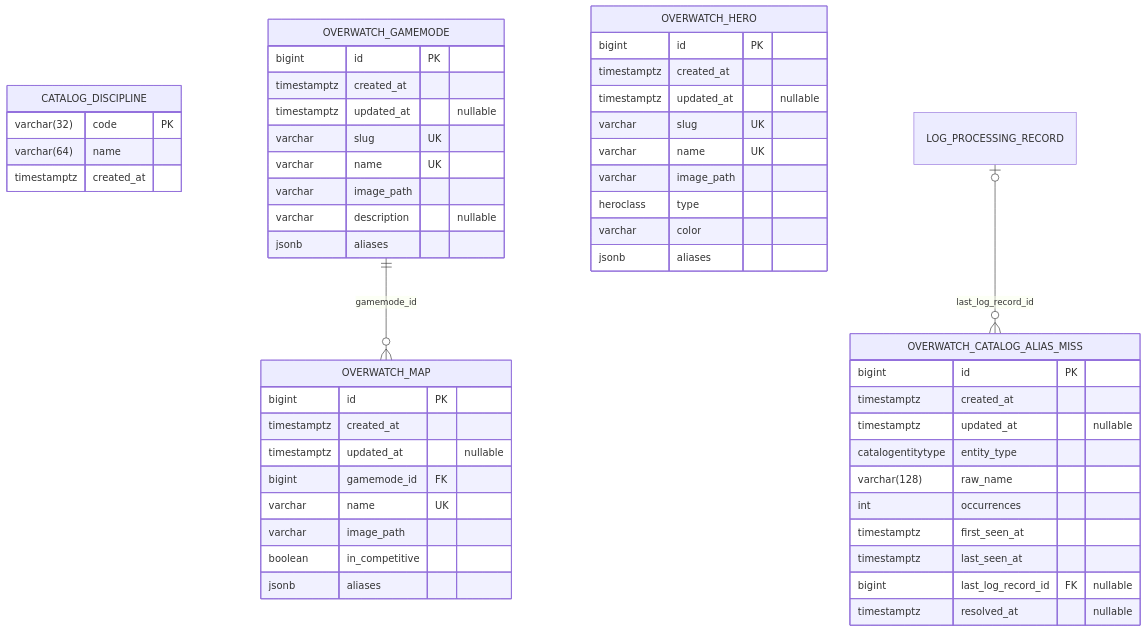
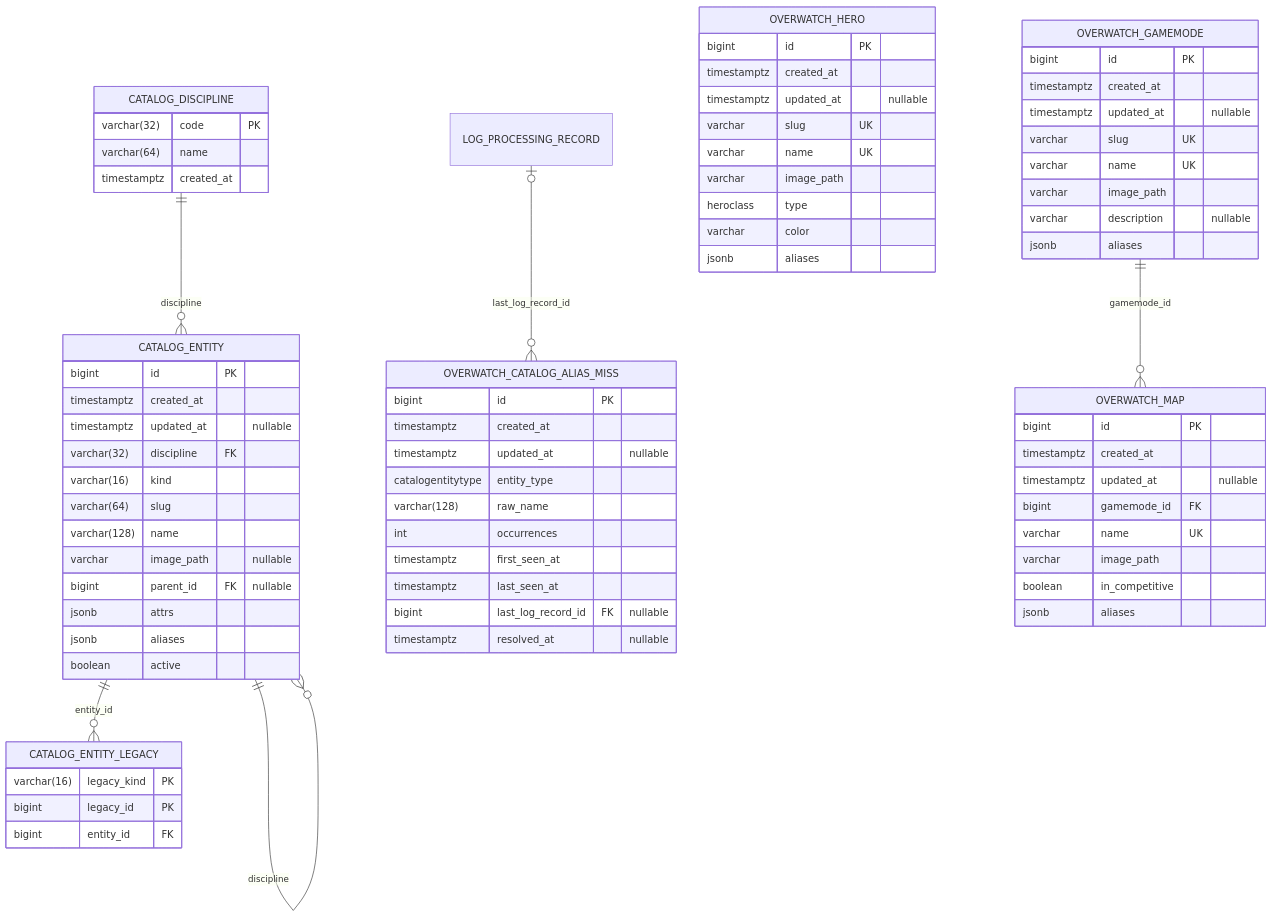
Before and after one commit to CraazzzyyFoxx/anak-tournaments: the fifth of 20 diagrams in docs/database_erd.md, drawn with Mermaid. The commit also changed other lines of this file and 13 other files, not shown here.

Commit message:
feat(catalog): discipline01 creates catalog.entity and copies the overwatch catalog

````diff
--- a/docs/database_erd.md
+++ b/docs/database_erd.md
@@ -572,54 +572,77 @@
 ```mermaid
 erDiagram
     CATALOG_DISCIPLINE {
         varchar(32) code PK
         varchar(64) name
         timestamptz created_at
+    }
+    CATALOG_ENTITY {
+        bigint id PK
+        timestamptz created_at
+        timestamptz updated_at "nullable"
+        varchar(32) discipline FK
+        varchar(16) kind
+        varchar(64) slug
+        varchar(128) name
+        varchar image_path "nullable"
+        bigint parent_id FK "nullable"
+        jsonb attrs
+        jsonb aliases
+        boolean active
+    }
+    CATALOG_ENTITY_LEGACY {
+        varchar(16) legacy_kind PK
+        bigint legacy_id PK
+        bigint entity_id FK
     }
     OVERWATCH_CATALOG_ALIAS_MISS {
         bigint id PK
         timestamptz created_at
         timestamptz updated_at "nullable"
         catalogentitytype entity_type
         varchar(128) raw_name
         int occurrences
         timestamptz first_seen_at
         timestamptz last_seen_at
         bigint last_log_record_id FK "nullable"
         timestamptz resolved_at "nullable"
     }
     OVERWATCH_GAMEMODE {
         bigint id PK
         timestamptz created_at
         timestamptz updated_at "nullable"
         varchar slug UK
         varchar name UK
         varchar image_path
         varchar description "nullable"
         jsonb aliases
     }
     OVERWATCH_HERO {
         bigint id PK
         timestamptz created_at
         timestamptz updated_at "nullable"
         varchar slug UK
         varchar name UK
         varchar image_path
         heroclass type
         varchar color
         jsonb aliases
     }
     OVERWATCH_MAP {
         bigint id PK
         timestamptz created_at
         timestamptz updated_at "nullable"
         bigint gamemode_id FK
         varchar name UK
         varchar image_path
         boolean in_competitive
         jsonb aliases
     }
 
+    CATALOG_DISCIPLINE ||--o{ CATALOG_ENTITY : "discipline"
+    CATALOG_ENTITY |o--o{ CATALOG_ENTITY : "parent_id"
+    CATALOG_ENTITY ||--o{ CATALOG_ENTITY : "discipline"
+    CATALOG_ENTITY ||--o{ CATALOG_ENTITY_LEGACY : "entity_id"
     LOG_PROCESSING_RECORD |o--o{ OVERWATCH_CATALOG_ALIAS_MISS : "last_log_record_id"
     OVERWATCH_GAMEMODE ||--o{ OVERWATCH_MAP : "gamemode_id"
 ```
````
